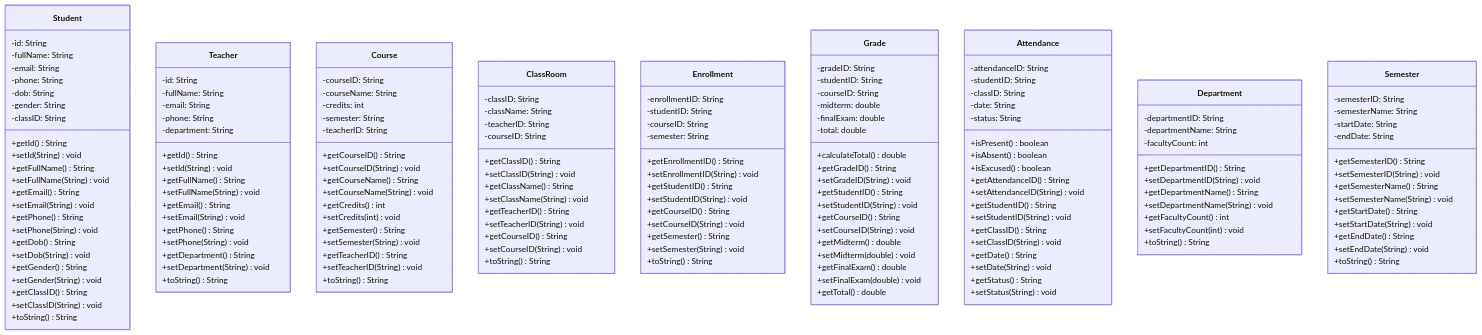
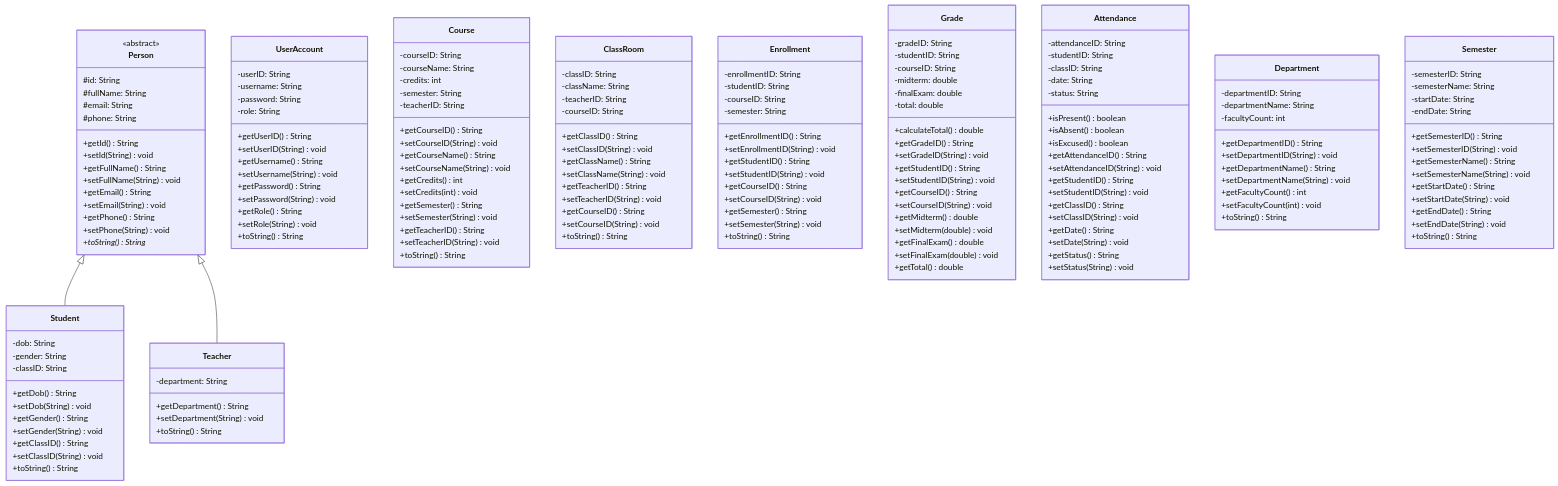
One commit to phucphuc2006/pro-192 changed the first of 3 diagrams in docs/ClassDiagrams/ClassDiagram.md. Above: the diagram before and after it, drawn with Mermaid. The commit also changed other lines of this file and 1 other file, not shown here.

````diff
--- a/docs/ClassDiagrams/ClassDiagram.md
+++ b/docs/ClassDiagrams/ClassDiagram.md
@@ -13,13 +13,11 @@
 ```mermaid
 classDiagram
-    class Student {
-        -id: String
-        -fullName: String
-        -email: String
-        -phone: String
-        -dob: String
-        -gender: String
-        -classID: String
+    class Person {
+        <<abstract>>
+        #id: String
+        #fullName: String
+        #email: String
+        #phone: String
         +getId() String
         +setId(String) void
         +getFullName() String
@@ -28,6 +26,13 @@
         +setEmail(String) void
         +getPhone() String
         +setPhone(String) void
+        +toString()* String
+    }
+
+    class Student {
+        -dob: String
+        -gender: String
+        -classID: String
         +getDob() String
         +setDob(String) void
         +getGender() String
@@ -38,23 +43,30 @@
     }
 
     class Teacher {
-        -id: String
-        -fullName: String
-        -email: String
-        -phone: String
         -department: String
-        +getId() String
-        +setId(String) void
-        +getFullName() String
-        +setFullName(String) void
-        +getEmail() String
-        +setEmail(String) void
-        +getPhone() String
-        +setPhone(String) void
         +getDepartment() String
         +setDepartment(String) void
         +toString() String
     }
+
+    class UserAccount {
+        -userID: String
+        -username: String
+        -password: String
+        -role: String
+        +getUserID() String
+        +setUserID(String) void
+        +getUsername() String
+        +setUsername(String) void
+        +getPassword() String
+        +setPassword(String) void
+        +getRole() String
+        +setRole(String) void
+        +toString() String
+    }
+
+    Person <|-- Student
+    Person <|-- Teacher
 
     class Course {
         -courseID: String
````
